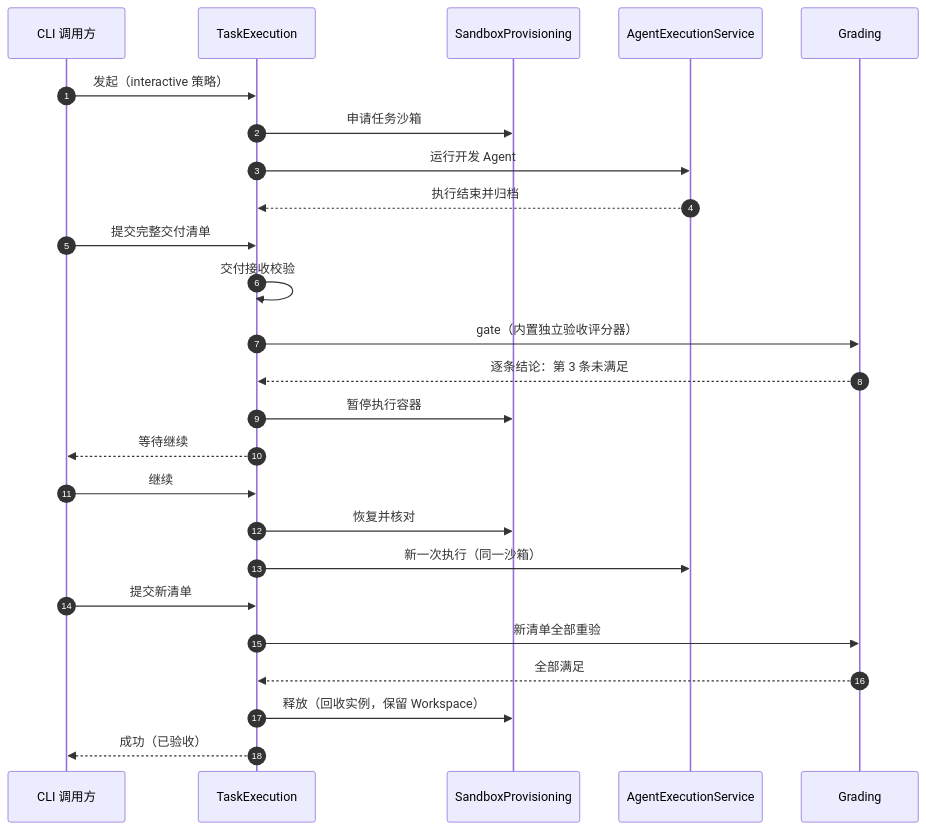
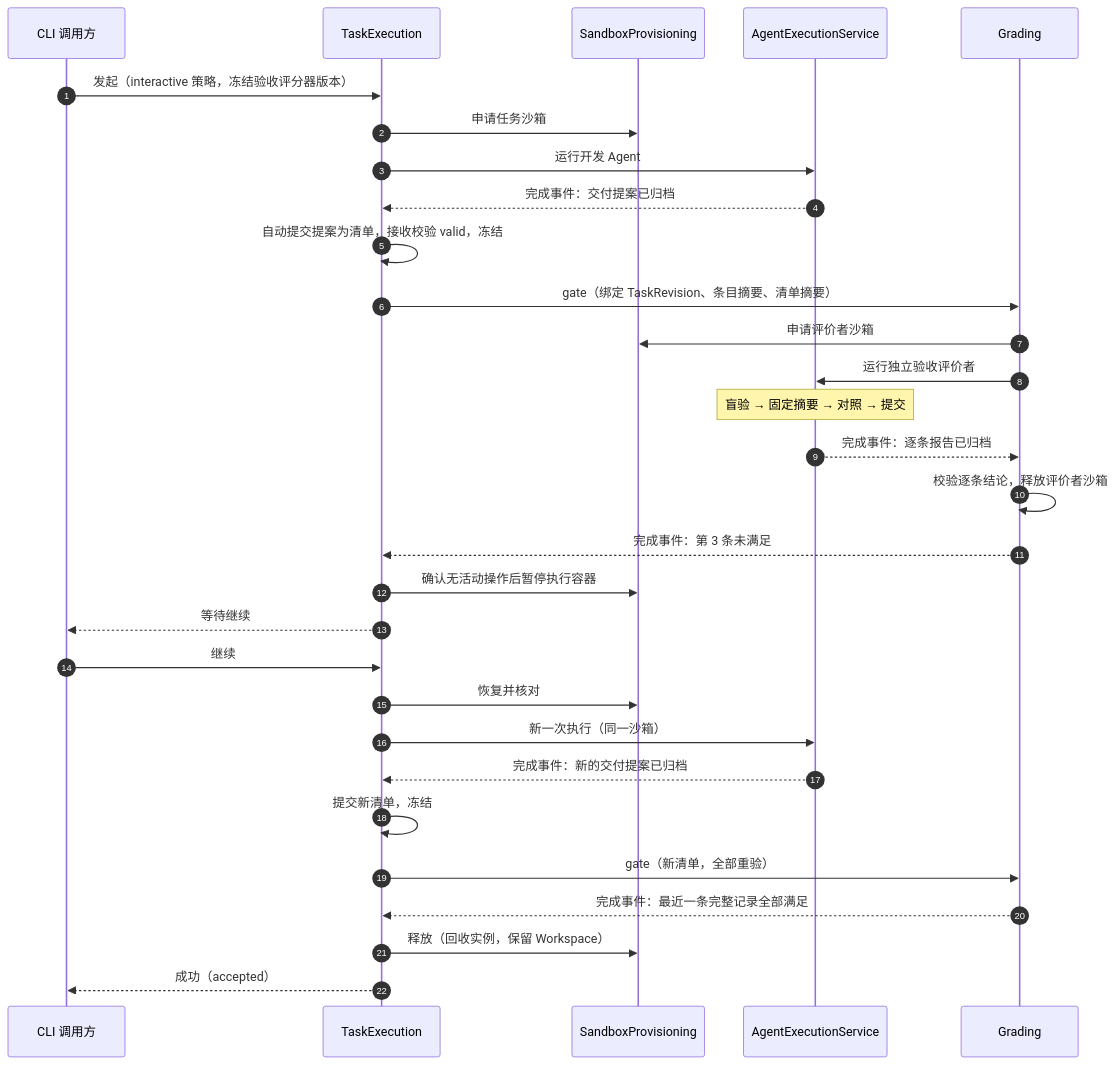
The diagram in docs/assets/r1-seq-dev.mmd (MaybeLL/Ground), drawn with Mermaid before and after one commit. The commit also changed 19 other files, not shown here.

```diff
--- a/docs/assets/r1-seq-dev.mmd
+++ b/docs/assets/r1-seq-dev.mmd
@@ -1,25 +1,30 @@
 sequenceDiagram
   autonumber
   participant U as CLI 调用方
   participant TE as TaskExecution
   participant SB as SandboxProvisioning
   participant AE as AgentExecutionService
   participant GR as Grading
-  U->>TE: 发起（interactive 策略）
+  U->>TE: 发起（interactive 策略，冻结验收评分器版本）
   TE->>SB: 申请任务沙箱
   TE->>AE: 运行开发 Agent
-  AE-->>TE: 执行结束并归档
-  U->>TE: 提交完整交付清单
-  TE->>TE: 交付接收校验
-  TE->>GR: gate（内置独立验收评分器）
-  GR-->>TE: 逐条结论：第 3 条未满足
-  TE->>SB: 暂停执行容器
+  AE-->>TE: 完成事件：交付提案已归档
+  TE->>TE: 自动提交提案为清单，接收校验 valid，冻结
+  TE->>GR: gate（绑定 TaskRevision、条目摘要、清单摘要）
+  GR->>SB: 申请评价者沙箱
+  GR->>AE: 运行独立验收评价者
+  Note over AE: 盲验 → 固定摘要 → 对照 → 提交
+  AE-->>GR: 完成事件：逐条报告已归档
+  GR->>GR: 校验逐条结论，释放评价者沙箱
+  GR-->>TE: 完成事件：第 3 条未满足
+  TE->>SB: 确认无活动操作后暂停执行容器
   TE-->>U: 等待继续
   U->>TE: 继续
   TE->>SB: 恢复并核对
   TE->>AE: 新一次执行（同一沙箱）
-  U->>TE: 提交新清单
-  TE->>GR: 新清单全部重验
-  GR-->>TE: 全部满足
+  AE-->>TE: 完成事件：新的交付提案已归档
+  TE->>TE: 提交新清单，冻结
+  TE->>GR: gate（新清单，全部重验）
+  GR-->>TE: 完成事件：最近一条完整记录全部满足
   TE->>SB: 释放（回收实例，保留 Workspace）
-  TE-->>U: 成功（已验收）
+  TE-->>U: 成功（accepted）
```
